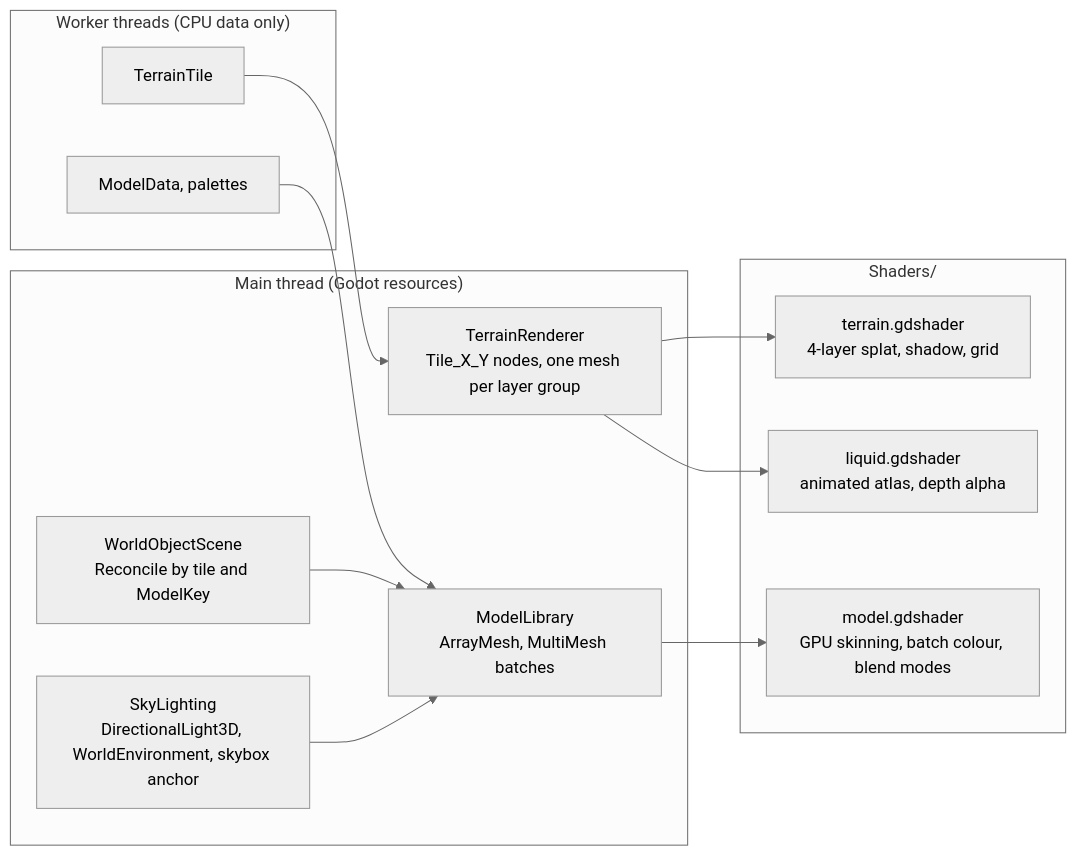
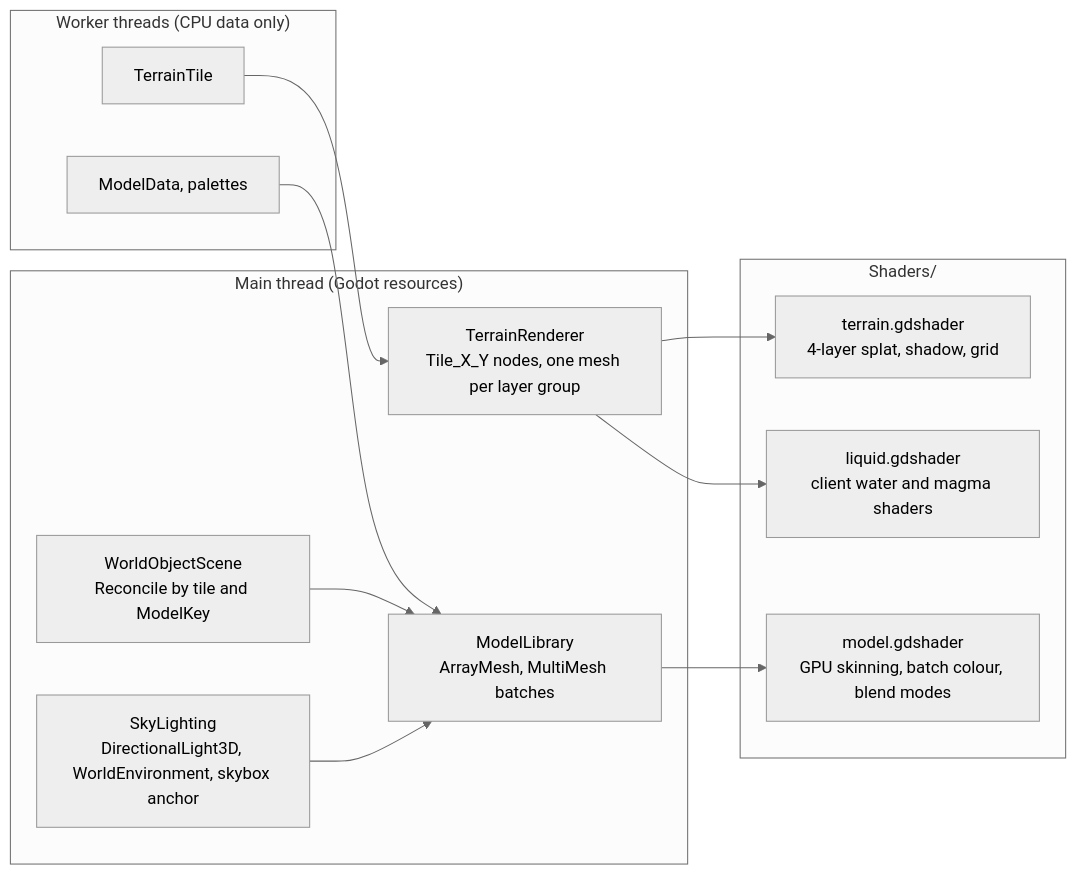
One commit to glitterfartz/ac-world-edit changed the third of 3 diagrams in docs/architecture/viewer-runtime.md. Above: the diagram before and after it, drawn with Mermaid (neutral theme). The commit also changed other lines of this file and 9 other files, not shown here.

First line of the commit message:
feat(rendering): port the client's fog and water shaders

````diff
--- a/docs/architecture/viewer-runtime.md
+++ b/docs/architecture/viewer-runtime.md
@@ -100,23 +100,23 @@
 ```mermaid
 flowchart LR
     subgraph Worker["Worker threads (CPU data only)"]
         tile["TerrainTile"]
         mdl["ModelData, palettes"]
     end
     subgraph Main["Main thread (Godot resources)"]
         tr["TerrainRenderer<br/>Tile_X_Y nodes, one mesh per layer group"]
         ml["ModelLibrary<br/>ArrayMesh, MultiMesh batches"]
         wos["WorldObjectScene<br/>Reconcile by tile and ModelKey"]
         sky["SkyLighting<br/>DirectionalLight3D, WorldEnvironment, skybox anchor"]
     end
     subgraph Shaders["Shaders/"]
         ts["terrain.gdshader<br/>4-layer splat, shadow, grid"]
-        ls["liquid.gdshader<br/>animated atlas, depth alpha"]
+        ls["liquid.gdshader<br/>client water and magma shaders"]
         ms["model.gdshader<br/>GPU skinning, batch colour, blend modes"]
     end
     tile --> tr --> ts
     tr --> ls
     mdl --> ml --> ms
     wos --> ml
     sky --> ml
 ```
````
